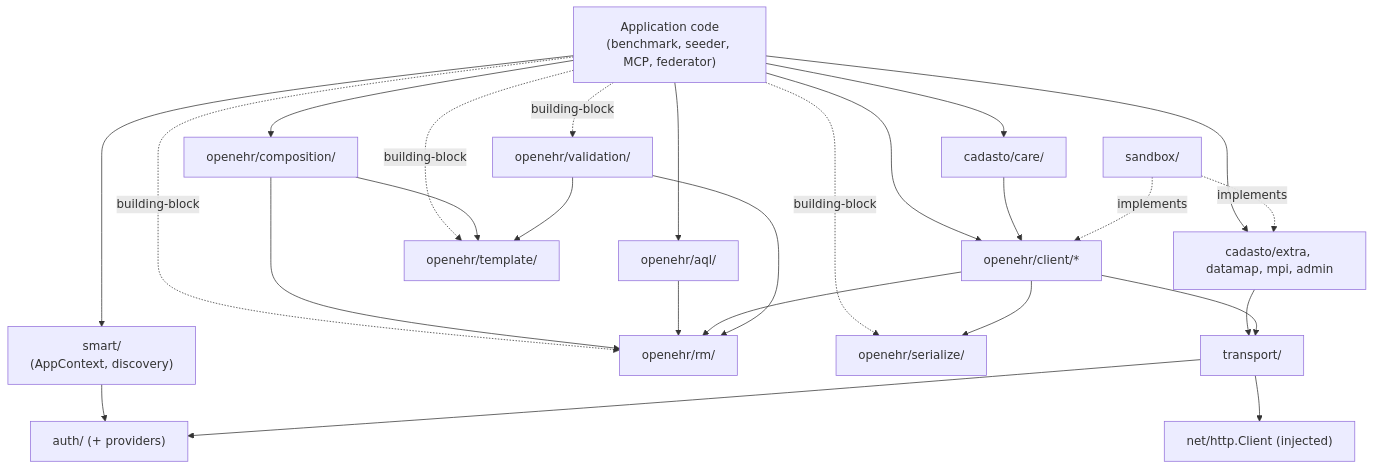
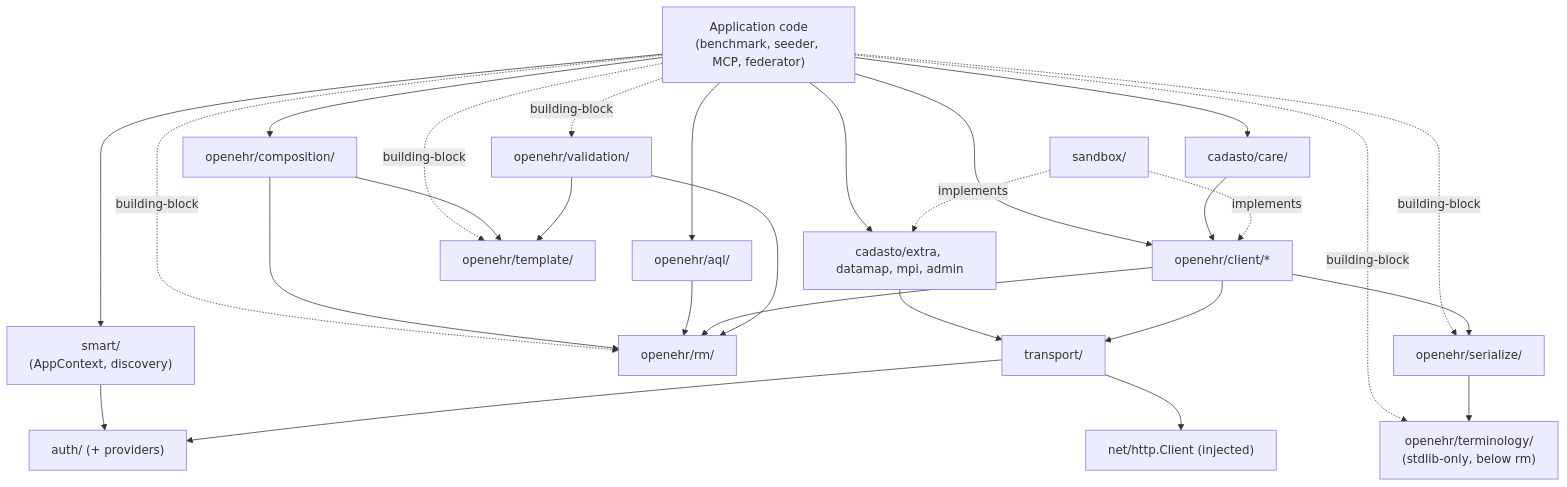
Before and after one commit to Cadasto/openehr-sdk-go: the first of 2 diagrams in docs/architecture.md, drawn with Mermaid. The commit also changed other lines of this file and 6 other files, not shown here.

First line of the commit message:
docs(terminology): scope the one-home-per-code rule, single import-ban home, import graph, REQ-034 traceability

````diff
--- a/docs/architecture.md
+++ b/docs/architecture.md
@@ -43,45 +43,48 @@
 ```mermaid
 flowchart TD
   App["Application code<br/>(benchmark, seeder, MCP, federator)"]
   Care["cadasto/care/"]
   Cadasto["cadasto/extra, datamap, mpi, admin"]
   Smart["smart/<br/>(AppContext, discovery)"]
   Composition["openehr/composition/"]
   Aql["openehr/aql/"]
   Client["openehr/client/*"]
   Rm["openehr/rm/"]
+  Terminology["openehr/terminology/<br/>(stdlib-only, below rm)"]
   Serialize["openehr/serialize/"]
   Validation["openehr/validation/"]
   Template["openehr/template/"]
   Http["transport/"]
   Auth["auth/ (+ providers)"]
   StdHttp["net/http.Client (injected)"]
   Sandbox["sandbox/"]
 
   App --> Care
   App --> Smart
   App --> Composition
   App --> Aql
   App --> Client
   App --> Cadasto
   App -. building-block .-> Rm
   App -. building-block .-> Serialize
   App -. building-block .-> Validation
   App -. building-block .-> Template
+  App -. building-block .-> Terminology
+  Serialize --> Terminology
 
   Care --> Client
   Cadasto --> Http
   Smart --> Auth
   Composition --> Template
   Composition --> Rm
   Aql --> Rm
   Client --> Http
   Client --> Rm
   Client --> Serialize
   Validation --> Rm
   Validation --> Template
   Http --> Auth
   Http --> StdHttp
   Sandbox -. implements .-> Client
   Sandbox -. implements .-> Cadasto
 ```
````
